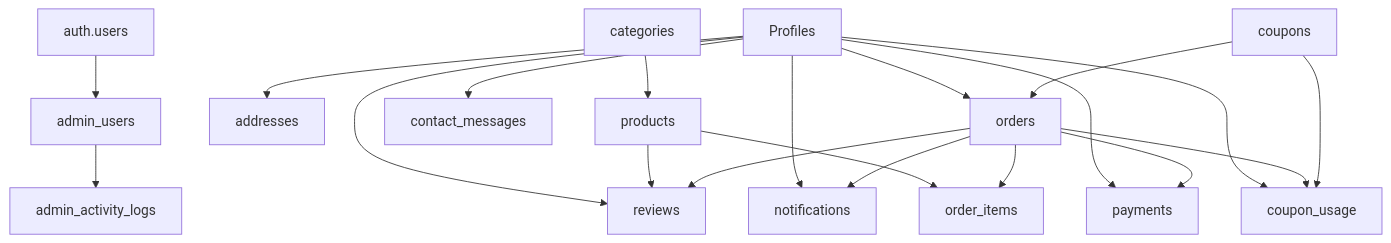
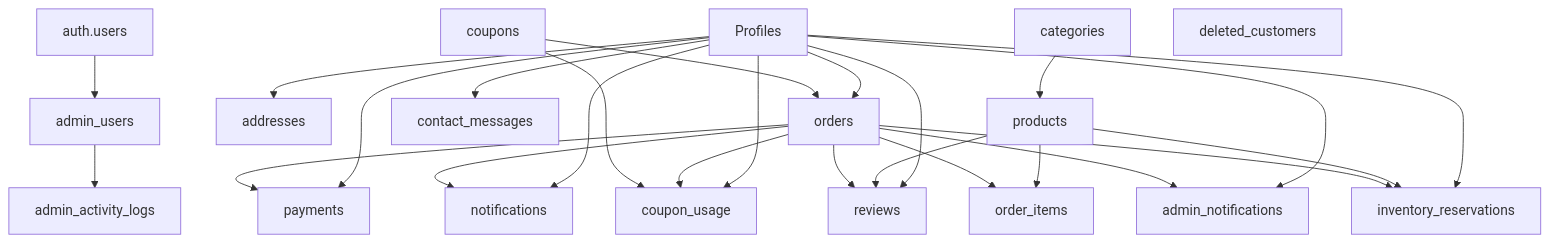
The diagram in admin/DATABASE_SCHEMA.md (garv0601/Annpurna-Premix), drawn with Mermaid before and after one commit. The commit also changed other lines of this file and 105 other files, not shown here.

````diff
--- a/admin/DATABASE_SCHEMA.md
+++ b/admin/DATABASE_SCHEMA.md
@@ -408,27 +517,34 @@
 ```mermaid
 graph TD
     AUTH["auth.users"] --> AU["admin_users"]
     AU --> AAL["admin_activity_logs"]
 
     P["Profiles"] --> ADDR["addresses"]
     P --> ORD["orders"]
     P --> PAY["payments"]
     P --> CU["coupon_usage"]
     P --> REV["reviews"]
     P --> NOTIF["notifications"]
     P --> CM["contact_messages"]
+    P --> AN["admin_notifications"]
+    P --> IR["inventory_reservations"]
 
     CAT["categories"] --> PROD["products"]
 
     PROD --> OI["order_items"]
     PROD --> REV
+    PROD --> IR
 
     ORD --> OI
     ORD --> PAY
     ORD --> CU
     ORD --> REV
     ORD --> NOTIF
+    ORD --> AN
+    ORD --> IR
 
     COUP["coupons"] --> ORD
     COUP --> CU
+
+    DC["deleted_customers"]
 ```
````
